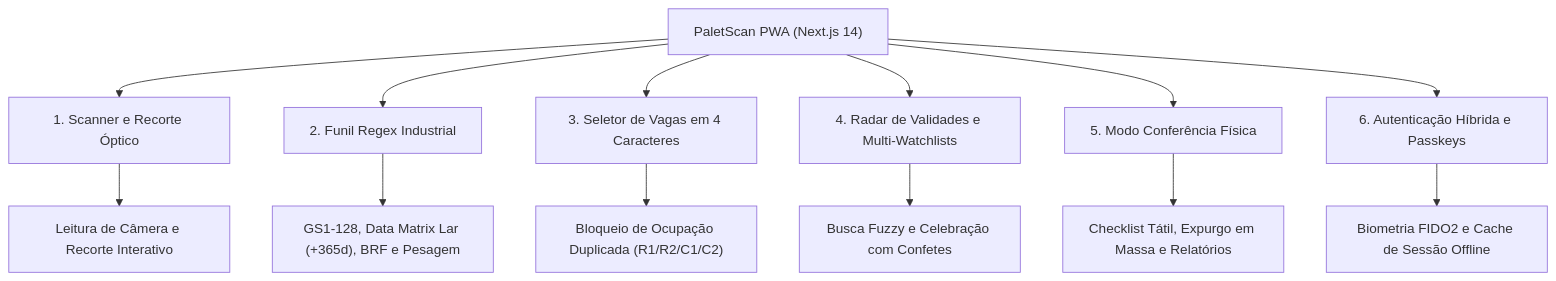
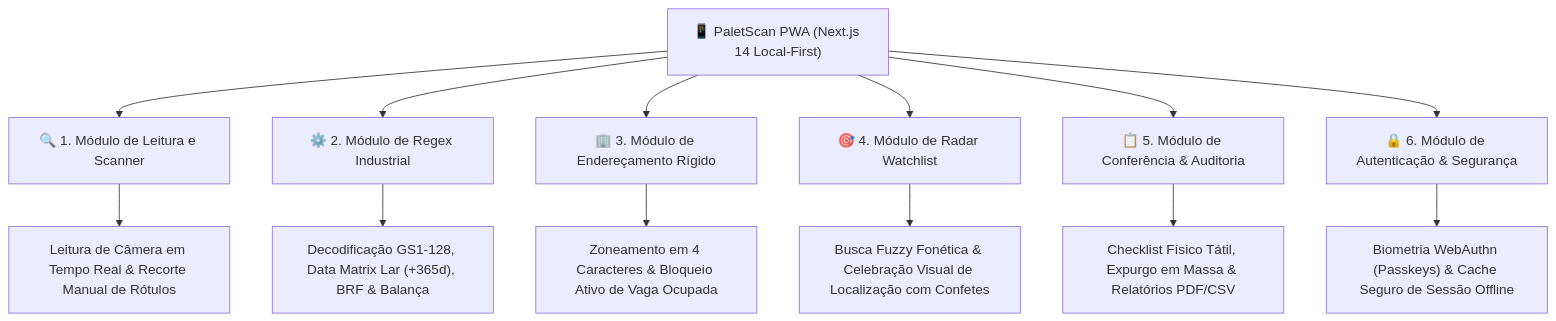
One commit to NaejBarbosa/paletscan-etl changed the diagram in docs/pwa-visao-geral.md. Above: the diagram before and after it, drawn with Mermaid. The commit also changed other lines of this file and 9 other files, not shown here.

Commit message:
fix(docs): verticalizar diagramas com ramificacoes a direita e corrigir sintaxe Mermaid em todas as paginas

````diff
--- a/docs/pwa-visao-geral.md
+++ b/docs/pwa-visao-geral.md
@@ -9,16 +11,22 @@
 ```mermaid
 flowchart TD
-    A["PaletScan PWA (Next.js 14)"] --> B["1. Scanner e Recorte Óptico"]
-    A --> C["2. Funil Regex Industrial"]
-    A --> D["3. Seletor de Vagas em 4 Caracteres"]
-    A --> E["4. Radar de Validades e Multi-Watchlists"]
-    A --> F["5. Modo Conferência Física"]
-    A --> G["6. Autenticação Híbrida e Passkeys"]
-    
-    B --> H["Leitura de Câmera e Recorte Interativo"]
-    C --> I["GS1-128, Data Matrix Lar (+365d), BRF e Pesagem"]
-    D --> J["Bloqueio de Ocupação Duplicada (R1/R2/C1/C2)"]
-    E --> K["Busca Fuzzy e Celebração com Confetes"]
-    F --> L["Checklist Tátil, Expurgo em Massa e Relatórios"]
-    G --> M["Biometria FIDO2 e Cache de Sessão Offline"]
+    APP["📱 PaletScan PWA (Next.js 14 Local-First)"]
+
+    APP --> M1["🔍 1. Módulo de Leitura e Scanner"]
+    M1 --> D1["Leitura de Câmera em Tempo Real & Recorte Manual de Rótulos"]
+
+    APP --> M2["⚙️ 2. Módulo de Regex Industrial"]
+    M2 --> D2["Decodificação GS1-128, Data Matrix Lar (+365d), BRF & Balança"]
+
+    APP --> M3["🏢 3. Módulo de Endereçamento Rígido"]
+    M3 --> D3["Zoneamento em 4 Caracteres & Bloqueio Ativo de Vaga Ocupada"]
+
+    APP --> M4["🎯 4. Módulo de Radar Watchlist"]
+    M4 --> D4["Busca Fuzzy Fonética & Celebração Visual de Localização com Confetes"]
+
+    APP --> M5["📋 5. Módulo de Conferência & Auditoria"]
+    M5 --> D5["Checklist Físico Tátil, Expurgo em Massa & Relatórios PDF/CSV"]
+
+    APP --> M6["🔒 6. Módulo de Autenticação & Segurança"]
+    M6 --> D6["Biometria WebAuthn (Passkeys) & Cache Seguro de Sessão Offline"]
 ```
````
